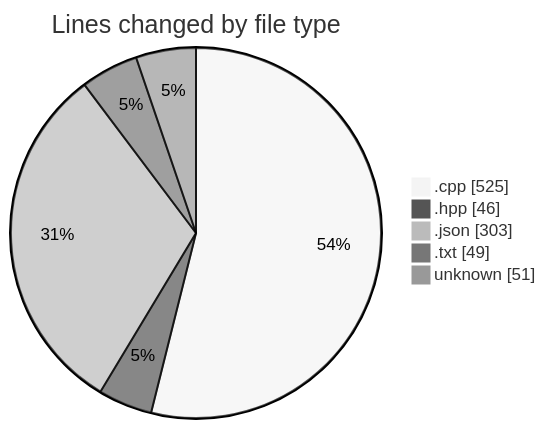
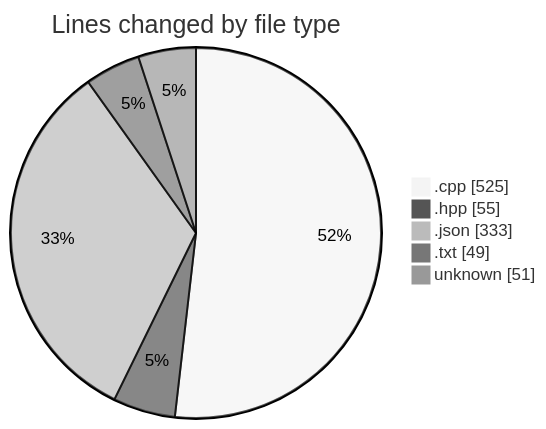
Before and after one commit to Netris89/code-tracking: the first of 2 diagrams in 2025-04-06/echo/README.md, drawn with Mermaid (neutral theme). The commit also changed other lines of this file and 1 other file, not shown here.

````diff
--- a/2025-04-06/echo/README.md
+++ b/2025-04-06/echo/README.md
@@ -26,9 +27,9 @@
 ```mermaid
 pie showData
 title Lines changed by file type
 ".cpp" : 525
-".hpp" : 46
-".json" : 303
+".hpp" : 55
+".json" : 333
 ".txt" : 49
 "unknown" : 51
 ```
````
